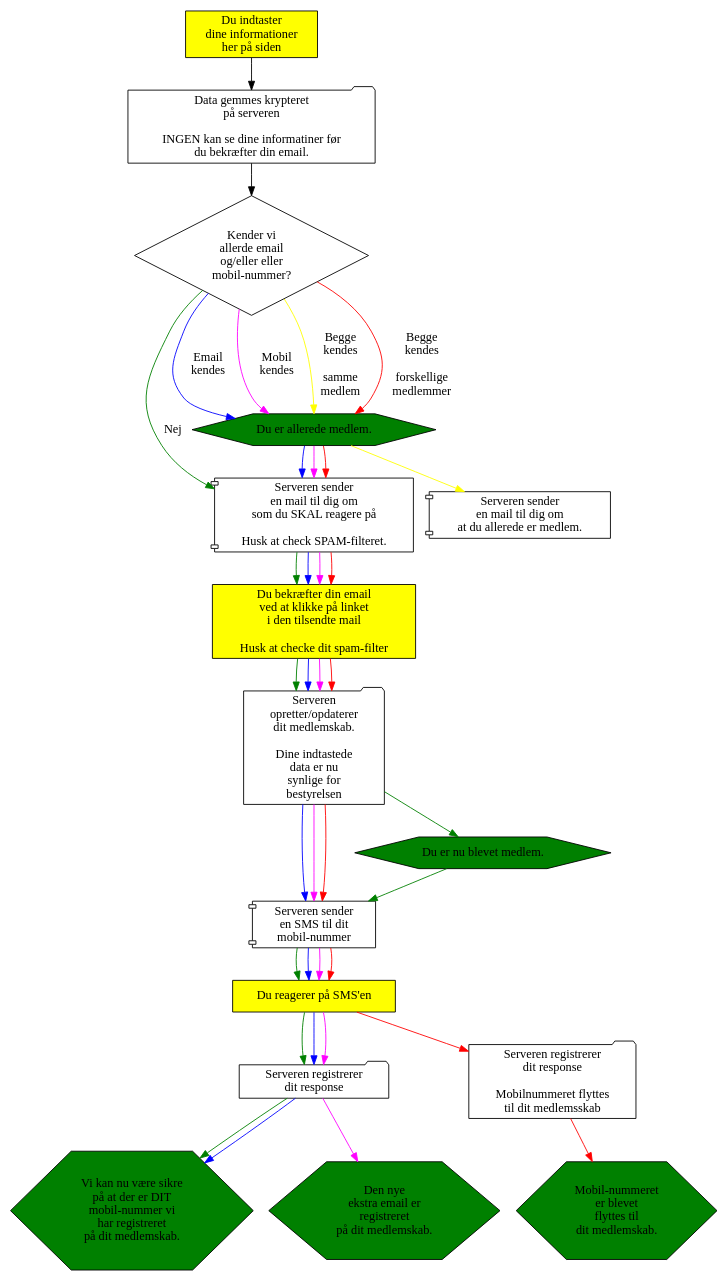
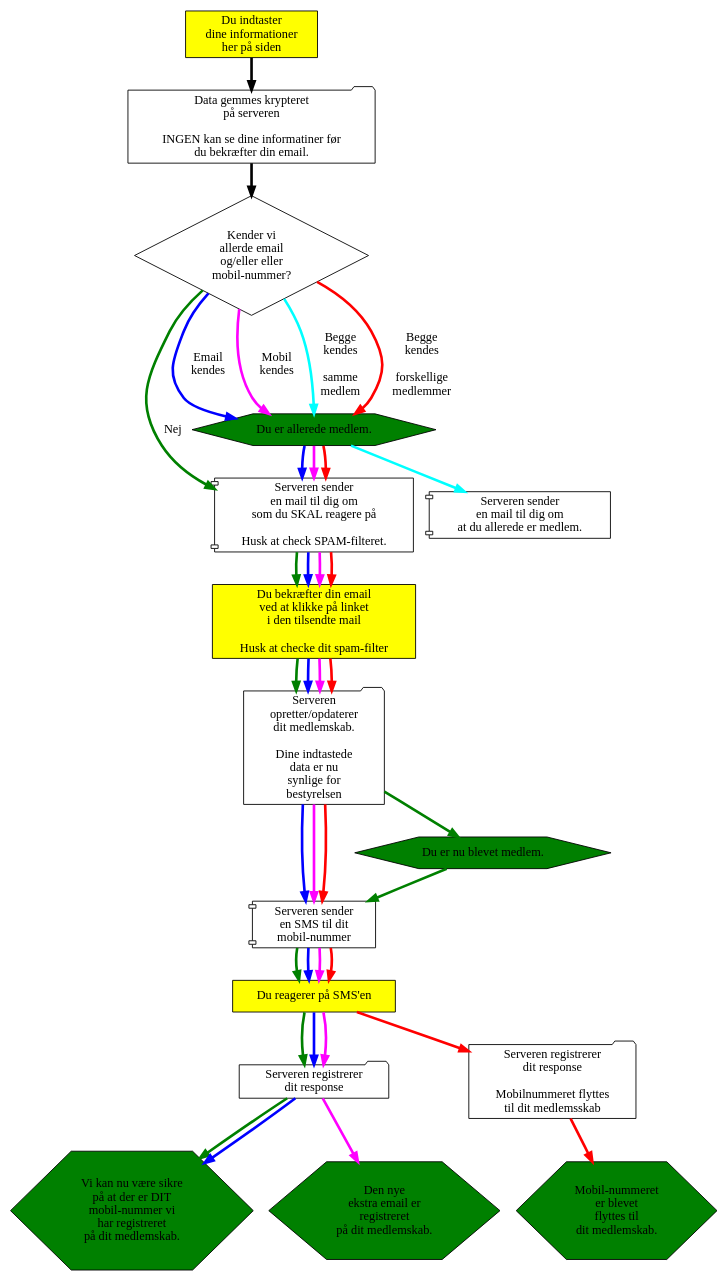
Before and after one commit to alslug/alslug.dk: the diagram in medlemskab/indmeldelse.dot, drawn with Graphviz.

```diff
--- a/medlemskab/indmeldelse.dot
+++ b/medlemskab/indmeldelse.dot
@@ -1,62 +1,63 @@
 digraph indmeldelse {
+  edge [penwidth=3];
   { # Dine handlinger
     node [ shape=box style=filled fillcolor=yellow ];
     indtast         [label="Du indtaster\ndine informationer\nher på siden"];
     confirm_email   [label="Du bekræfter din email\nved at klikke på linket\ni den tilsendte mail\n\nHusk at checke dit spam-filter"];
     confirm_sms     [label="Du reagerer på SMS'en"];
   }
   { # Server-aktiviteter
     node [shape=component];
     server_sender_allerede_medlem [label="Serveren sender \n en mail til dig om \n at du allerede er medlem."];
     server_sender_email           [label="Serveren sender \n en mail til dig om \n som du SKAL reagere på \n\n Husk at check SPAM-filteret."];
     server_sender_sms             [label="Serveren sender \n en SMS til dit \n mobil-nummer"];
   }
   { # Serveren gemmer data
     node [shape=folder];
     tilmelding_gemmes               [label="Data gemmes krypteret \n på serveren \n \n INGEN kan se dine informatiner før \n du bekræfter din email."];
     email_confirmed               [label="Serveren \n opretter/opdaterer \n dit medlemskab. \n\n Dine indtastede \n data er nu \n synlige for \n bestyrelsen"];
     sms_confirmed                 [label="Serveren registrerer \n dit response"];
     sms_move_confirmed            [label="Serveren registrerer \n dit response \n\n Mobilnummeret flyttes \n til dit medlemsskab"];
   }
   { # Results
     node [shape=hexagon   style=filled fillcolor=green ];
     du_biver_medlem        [label="Du er nu blevet medlem."];
     allerede_medlem        [label="Du er allerede medlem."];
     mobile_ok              [label="Vi kan nu være sikre \n på at der er DIT \n mobil-nummer vi \n har registreret \n på dit medlemskab."]; 
     email_added            [label="Den nye \n ekstra email er \n registreret \n på dit medlemskab." ];
     mobile_moved           [label="Mobil-nummeret \n er blevet \n flyttes til \n dit medlemskab." ];
 }
   { # Valg
     node [shape=diamond];
     findes_allerede        [label="Kender vi \n allerde email \n og/eller eller \n mobil-nummer?"];
   }
 
   node [shape=point];
 
   indtast -> tilmelding_gemmes -> findes_allerede;
   {
     edge [color=green];
                       findes_allerede ->                    server_sender_email [label="Nej"];
                                                             server_sender_email -> confirm_email -> email_confirmed -> du_biver_medlem -> server_sender_sms -> confirm_sms -> sms_confirmed  -> mobile_ok;
   }
   {
     edge [color=blue];
                       findes_allerede -> allerede_medlem                        [label="Email \n kendes"];
                                          allerede_medlem -> server_sender_email -> confirm_email -> email_confirmed ->                    server_sender_sms -> confirm_sms -> sms_confirmed -> mobile_ok;
   }
   {
     edge [color=magenta];
                       findes_allerede -> allerede_medlem                        [label="Mobil \n kendes"];
                                          allerede_medlem -> server_sender_email -> confirm_email -> email_confirmed ->                    server_sender_sms -> confirm_sms -> sms_confirmed -> email_added;
   }
   {
-    edge [color=yellow];
+    edge [color=cyan];
                       findes_allerede -> allerede_medlem                        [label="Begge \n kendes \n\n samme \n medlem"];
                                          allerede_medlem -> server_sender_allerede_medlem;
   }
   {
     edge [color=red];
                       findes_allerede -> allerede_medlem                        [label="Begge \n kendes \n\n forskellige \n medlemmer"];
                                          allerede_medlem -> server_sender_email -> confirm_email -> email_confirmed ->                    server_sender_sms -> confirm_sms -> sms_move_confirmed -> mobile_moved;
   }
 }
```
